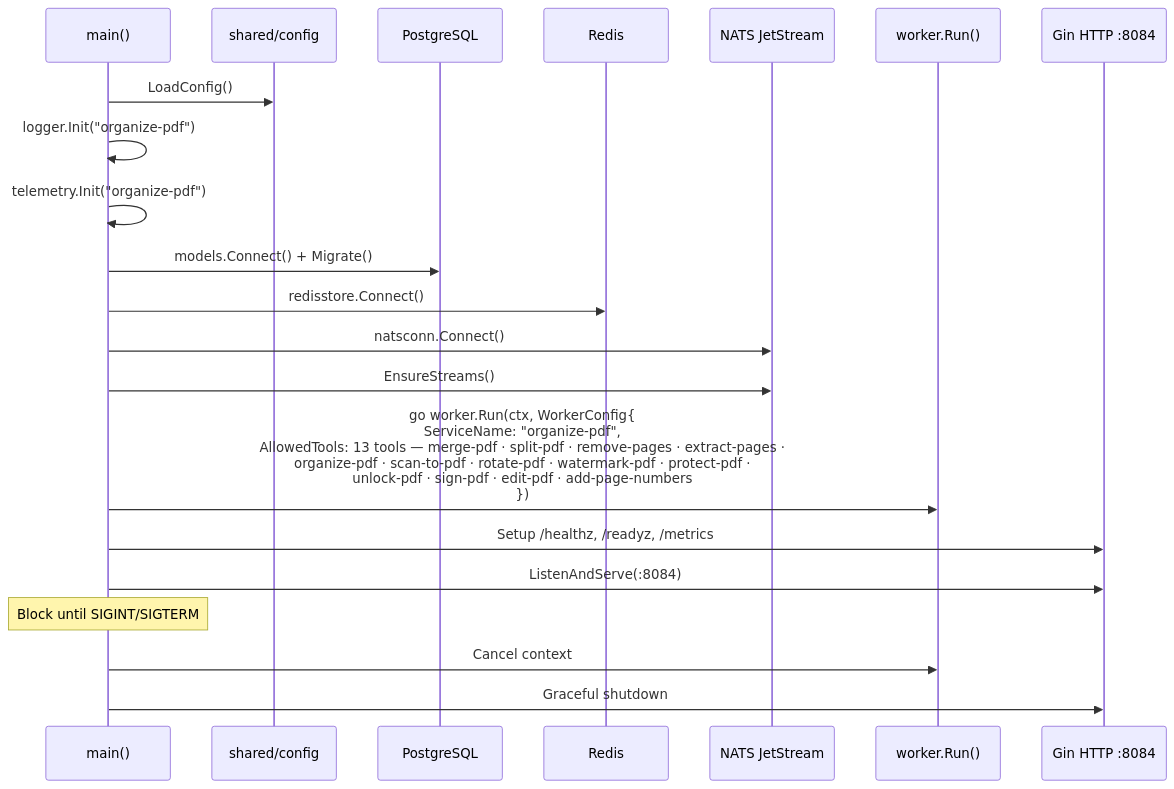
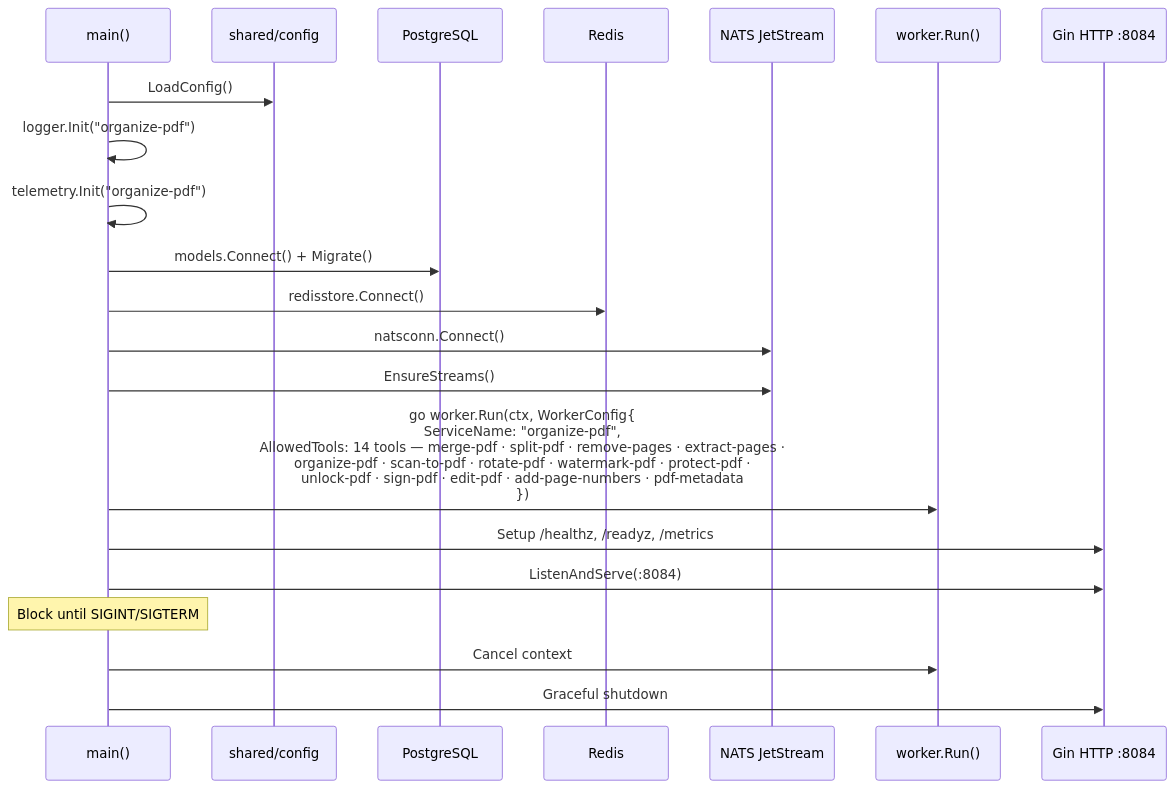
Before and after one commit to code-farms/fyredocs_backend: the seventh of 10 diagrams in docs/developer/mermaid/service-organize-pdf-sequence.md, drawn with Mermaid. The commit also changed other lines of this file and 28 other files, not shown here.

First line of the commit message:
feat: add pdf-metadata and flatten-pdf tools with validation and processing

````diff
--- a/docs/developer/mermaid/service-organize-pdf-sequence.md
+++ b/docs/developer/mermaid/service-organize-pdf-sequence.md
@@ -207,27 +207,27 @@
 ```mermaid
 sequenceDiagram
     participant Main as main()
     participant Config as shared/config
     participant DB as PostgreSQL
     participant Redis
     participant NATS as NATS JetStream
     participant Worker as worker.Run()
     participant Gin as Gin HTTP :8084
 
     Main->>Config: LoadConfig()
     Main->>Main: logger.Init("organize-pdf")
     Main->>Main: telemetry.Init("organize-pdf")
     Main->>DB: models.Connect() + Migrate()
     Main->>Redis: redisstore.Connect()
     Main->>NATS: natsconn.Connect()
     Main->>NATS: EnsureStreams()
 
-    Main->>Worker: go worker.Run(ctx, WorkerConfig{<br/>  ServiceName: "organize-pdf",<br/>  AllowedTools: 13 tools — merge-pdf · split-pdf · remove-pages · extract-pages ·<br/>  organize-pdf · scan-to-pdf · rotate-pdf · watermark-pdf · protect-pdf ·<br/>  unlock-pdf · sign-pdf · edit-pdf · add-page-numbers<br/>})
+    Main->>Worker: go worker.Run(ctx, WorkerConfig{<br/>  ServiceName: "organize-pdf",<br/>  AllowedTools: 14 tools — merge-pdf · split-pdf · remove-pages · extract-pages ·<br/>  organize-pdf · scan-to-pdf · rotate-pdf · watermark-pdf · protect-pdf ·<br/>  unlock-pdf · sign-pdf · edit-pdf · add-page-numbers · pdf-metadata<br/>})
 
     Main->>Gin: Setup /healthz, /readyz, /metrics
     Main->>Gin: ListenAndServe(:8084)
 
     Note over Main: Block until SIGINT/SIGTERM
     Main->>Worker: Cancel context
     Main->>Gin: Graceful shutdown
 ```
````
